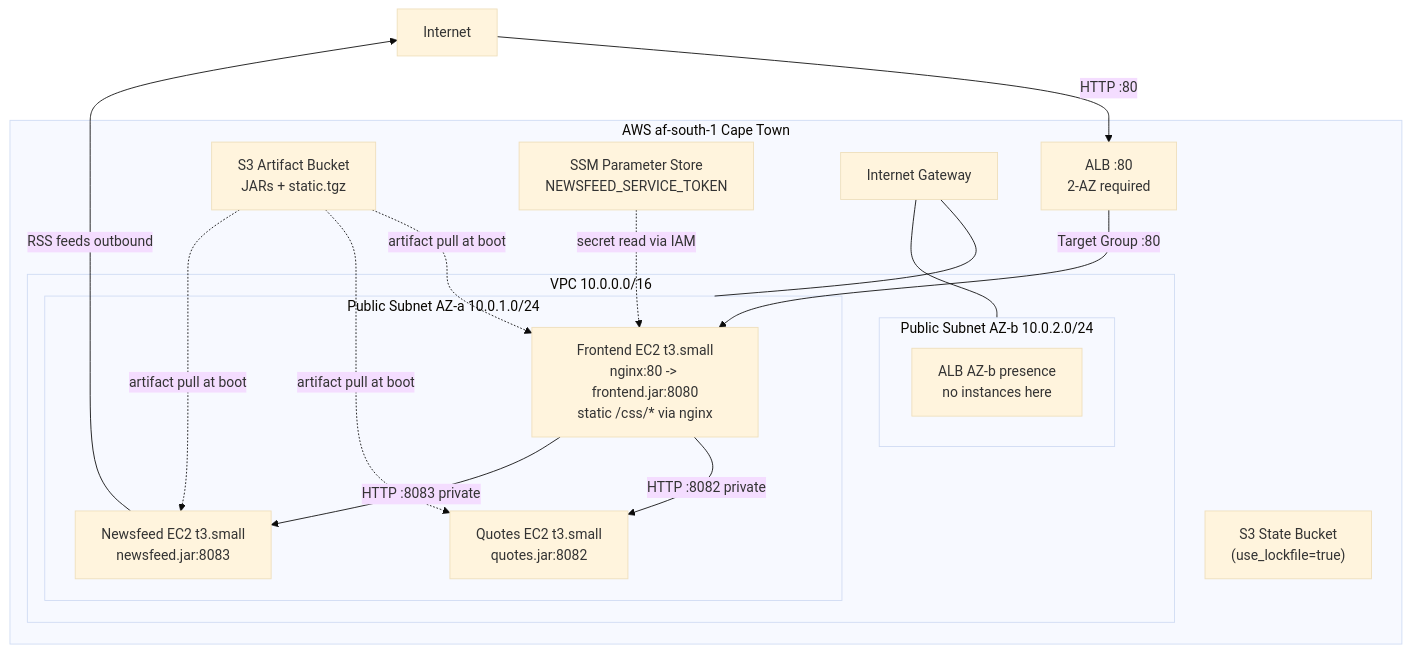
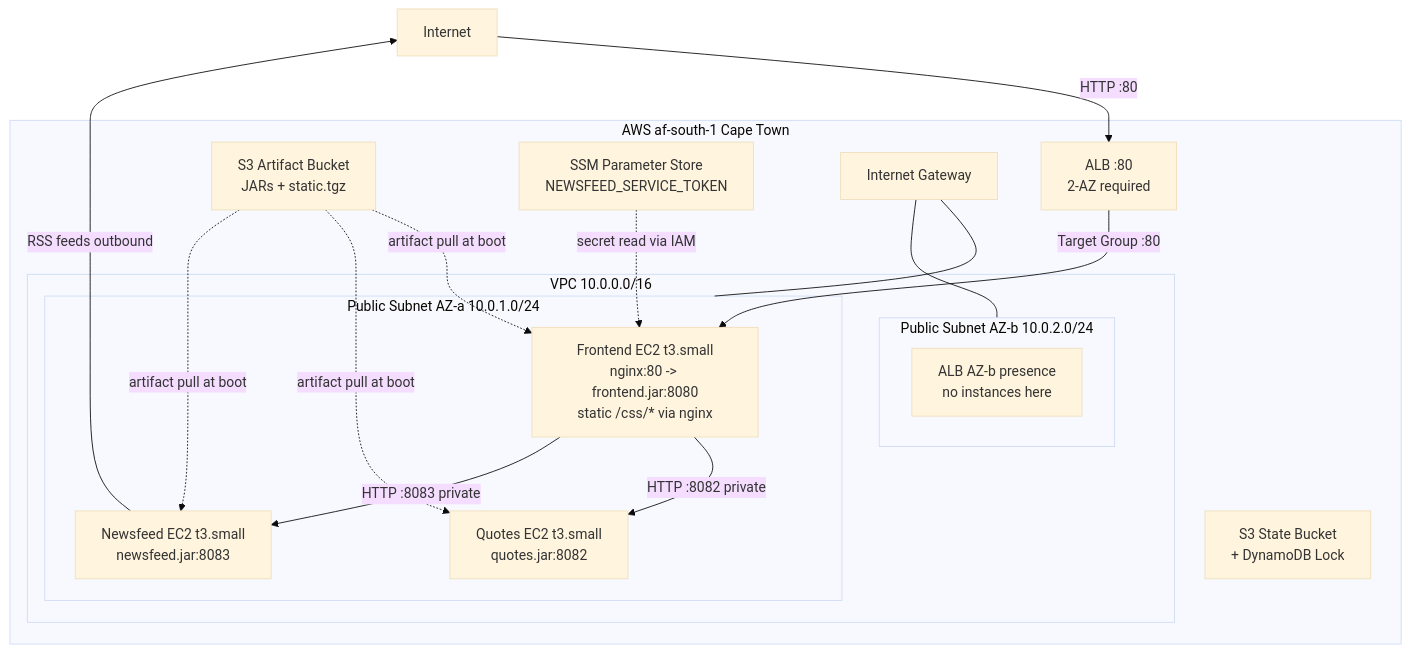
One commit to Sanveer-Singh/Melio-infra-problem changed the diagram in .cursor/plans/melio_iac_assessment_plan_349f73ef.plan.md. Above: the diagram before and after it, drawn with Mermaid (base theme). The commit also changed other lines of this file and 6 other files, not shown here.

````diff
--- a/.cursor/plans/melio_iac_assessment_plan_349f73ef.plan.md
+++ b/.cursor/plans/melio_iac_assessment_plan_349f73ef.plan.md
@@ -36,34 +36,34 @@
 ```mermaid
 graph TB
     Internet["Internet"]
     
     subgraph aws ["AWS af-south-1 Cape Town"]
         subgraph vpc ["VPC 10.0.0.0/16"]
             subgraph pubSubnetA ["Public Subnet AZ-a 10.0.1.0/24"]
                 FE["Frontend EC2 t3.small\nnginx:80 -> frontend.jar:8080\nstatic /css/* via nginx"]
                 QT["Quotes EC2 t3.small\nquotes.jar:8082"]
                 NF["Newsfeed EC2 t3.small\nnewsfeed.jar:8083"]
             end
             subgraph pubSubnetB ["Public Subnet AZ-b 10.0.2.0/24"]
                 ALBSpan["ALB AZ-b presence\nno instances here"]
             end
         end
         ALB["ALB :80\n2-AZ required"]
         S3Art["S3 Artifact Bucket\nJARs + static.tgz"]
-        S3State["S3 State Bucket\n(use_lockfile=true)"]
+        S3State["S3 State Bucket\n+ DynamoDB Lock"]
         SSM["SSM Parameter Store\nNEWSFEED_SERVICE_TOKEN"]
         IGW["Internet Gateway"]
     end
     
     Internet -->|"HTTP :80"| ALB
     ALB -->|"Target Group :80"| FE
     FE -->|"HTTP :8082 private"| QT
     FE -->|"HTTP :8083 private"| NF
     NF -->|"RSS feeds outbound"| Internet
     S3Art -.->|"artifact pull at boot"| FE
     S3Art -.->|"artifact pull at boot"| QT
     S3Art -.->|"artifact pull at boot"| NF
     SSM -.->|"secret read via IAM"| FE
     IGW --- pubSubnetA
     IGW --- pubSubnetB
 ```
````
